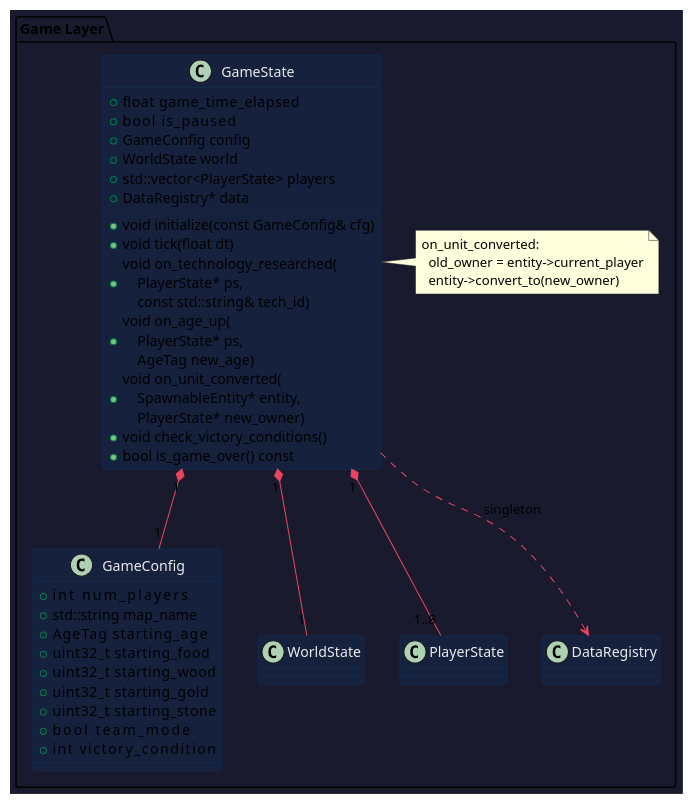
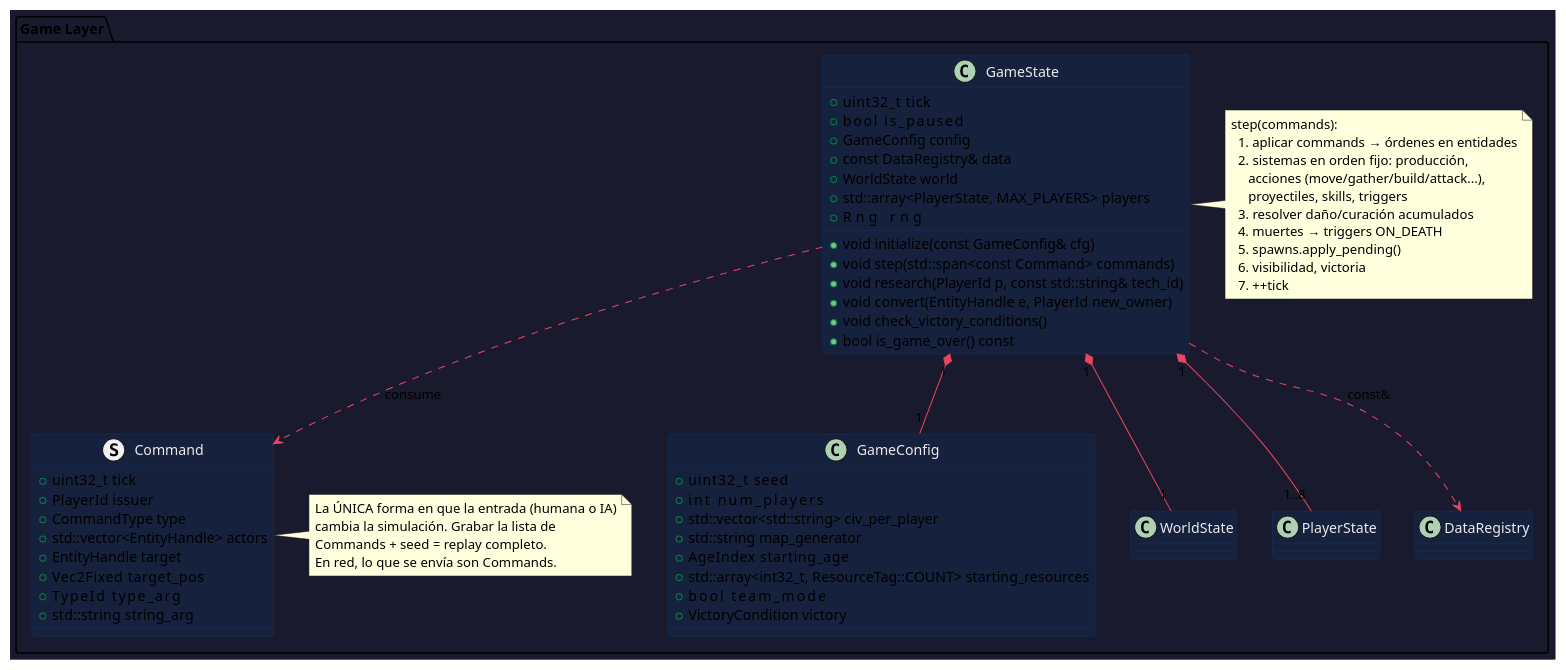
One commit to imanih-code/aoe-clone changed the seventh of 9 diagrams in architecture.md. Above: the diagram before and after it, drawn with PlantUML. The commit also changed other lines of this file and 3 other files, not shown here.

First line of the commit message:
docs: revise design for a C++20/SFML 3 build and add roadmap

````diff
--- a/architecture.md
+++ b/architecture.md
@@ -769,57 +894,82 @@
 ```plantuml
 @startuml GameState
 skinparam backgroundColor #1a1a2e
 skinparam classBackgroundColor #16213e
 skinparam classBorderColor #0f3460
 skinparam classArrowColor #e94560
 skinparam classFontColor #eaeaea
 
 package "Game Layer" {
 
   class GameConfig {
+    + uint32_t    seed
     + int         num_players
-    + std::string map_name
-    + AgeTag      starting_age
-    + uint32_t    starting_food
-    + uint32_t    starting_wood
-    + uint32_t    starting_gold
-    + uint32_t    starting_stone
+    + std::vector<std::string> civ_per_player
+    + std::string map_generator
+    + AgeIndex    starting_age
+    + std::array<int32_t, ResourceTag::COUNT> starting_resources
     + bool        team_mode
-    + int         victory_condition
+    + VictoryCondition victory
   }
 
+  struct Command {
+    + uint32_t  tick
+    + PlayerId  issuer
+    + CommandType type
+    ' MOVE, ATTACK, GATHER, BUILD, TRAIN, RESEARCH,
+    ' GARRISON, UNGARRISON, USE_SKILL, STOP, SET_RALLY...
+    + std::vector<EntityHandle> actors
+    + EntityHandle target
+    + Vec2Fixed    target_pos
+    + TypeId       type_arg
+    + std::string  string_arg
+  }
+
+  note right of Command
+    La ÚNICA forma en que la entrada (humana o IA)
+    cambia la simulación. Grabar la lista de
+    Commands + seed = replay completo.
+    En red, lo que se envía son Commands.
+  end note
+
   class GameState {
-    + float    game_time_elapsed
-    + bool     is_paused
+    + uint32_t   tick
+    + bool       is_paused
     + GameConfig config
+    + const DataRegistry& data
     + WorldState world
-    ' PlayerStates viven TODA la partida (is_defeated no los destruye)
-    + std::vector<PlayerState> players
-    + DataRegistry* data
+    + std::array<PlayerState, MAX_PLAYERS> players
+    ' PlayerStates viven TODA la partida
+    + Rng        rng
+    ' única fuente de aleatoriedad de la simulación
     ' ─── Lógica de alto nivel ────────────────────────────
     + void initialize(const GameConfig& cfg)
-    + void tick(float dt)
-    + void on_technology_researched(\n    PlayerState* ps,\n    const std::string& tech_id)
-    + void on_age_up(\n    PlayerState* ps,\n    AgeTag new_age)
-    + void on_unit_converted(\n    SpawnableEntity* entity,\n    PlayerState* new_owner)
+    + void step(std::span<const Command> commands)
+    ' un tick fijo (ver §9)
+    + void research(PlayerId p, const std::string& tech_id)
+    + void convert(EntityHandle e, PlayerId new_owner)
     + void check_victory_conditions()
     + bool is_game_over() const
   }
 
   note right of GameState
-    on_unit_converted:
-      old_owner = entity->current_player
-      entity->convert_to(new_owner)
-      ' SpawnableEntity actualiza sus punteros
-      ' old_owner->units ya no contiene entity
-      ' new_owner->units ahora contiene entity
-      ' original_player no cambia → stats intactos
+    step(commands):
+      1. aplicar commands → órdenes en entidades
+      2. sistemas en orden fijo: producción,
+         acciones (move/gather/build/attack...),
+         proyectiles, skills, triggers
+      3. resolver daño/curación acumulados
+      4. muertes → triggers ON_DEATH
+      5. spawns.apply_pending()
+      6. visibilidad, victoria
+      7. ++tick
   end note
 
   GameState "1" *-- "1" WorldState
   GameState "1" *-- "1..8" PlayerState
   GameState "1" *-- "1" GameConfig
-  GameState ..> DataRegistry : singleton
+  GameState ..> DataRegistry : const&
+  GameState ..> Command : consume
 }
 @enduml
 ```
````
